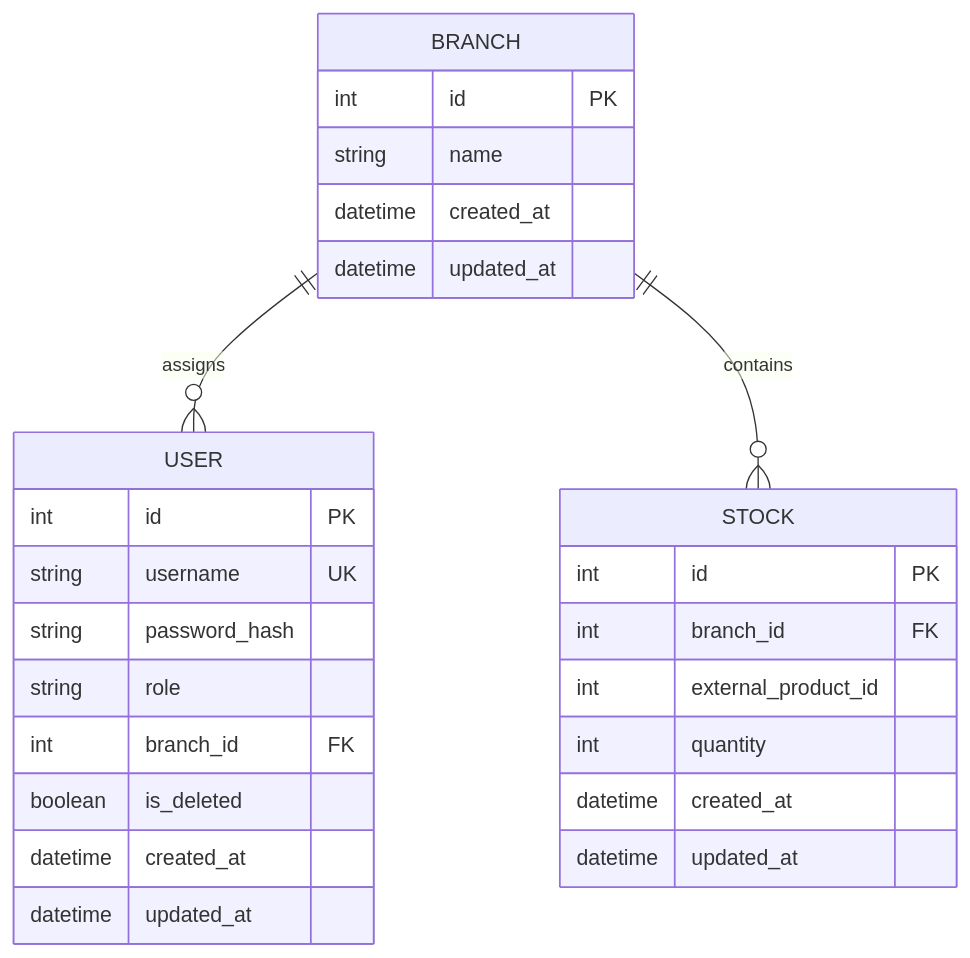
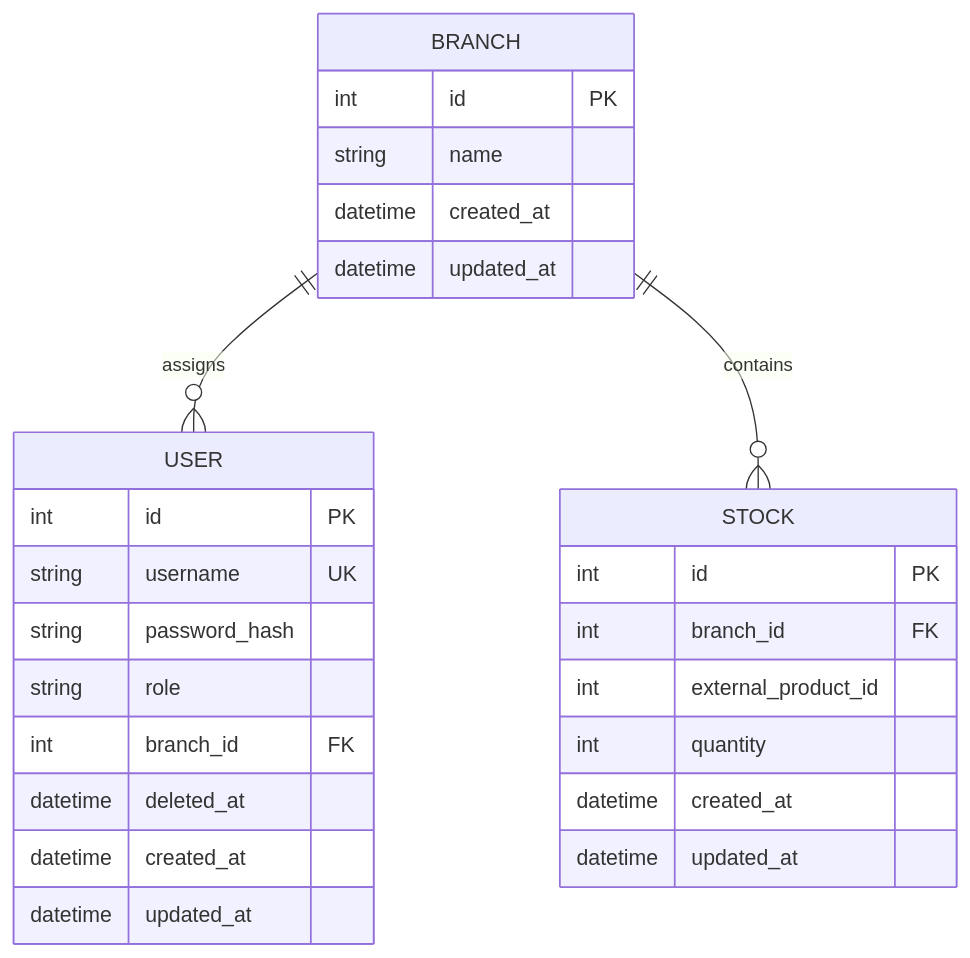
Before and after one commit to S3333B/hbntory-inventory-platform: the diagram in docs/database.md, drawn with Mermaid. The commit also changed other lines of this file and 28 other files, not shown here.

````diff
--- a/docs/database.md
+++ b/docs/database.md
@@ -74,32 +76,32 @@
 ```mermaid
 erDiagram
     BRANCH ||--o{ USER : assigns
     BRANCH ||--o{ STOCK : contains
 
     USER {
         int id PK
         string username UK
         string password_hash
         string role
         int branch_id FK
-        boolean is_deleted
+        datetime deleted_at
         datetime created_at
         datetime updated_at
     }
 
     BRANCH {
         int id PK
         string name
         datetime created_at
         datetime updated_at
     }
 
     STOCK {
         int id PK
         int branch_id FK
         int external_product_id
         int quantity
         datetime created_at
         datetime updated_at
-    }
+}
 ```
````
